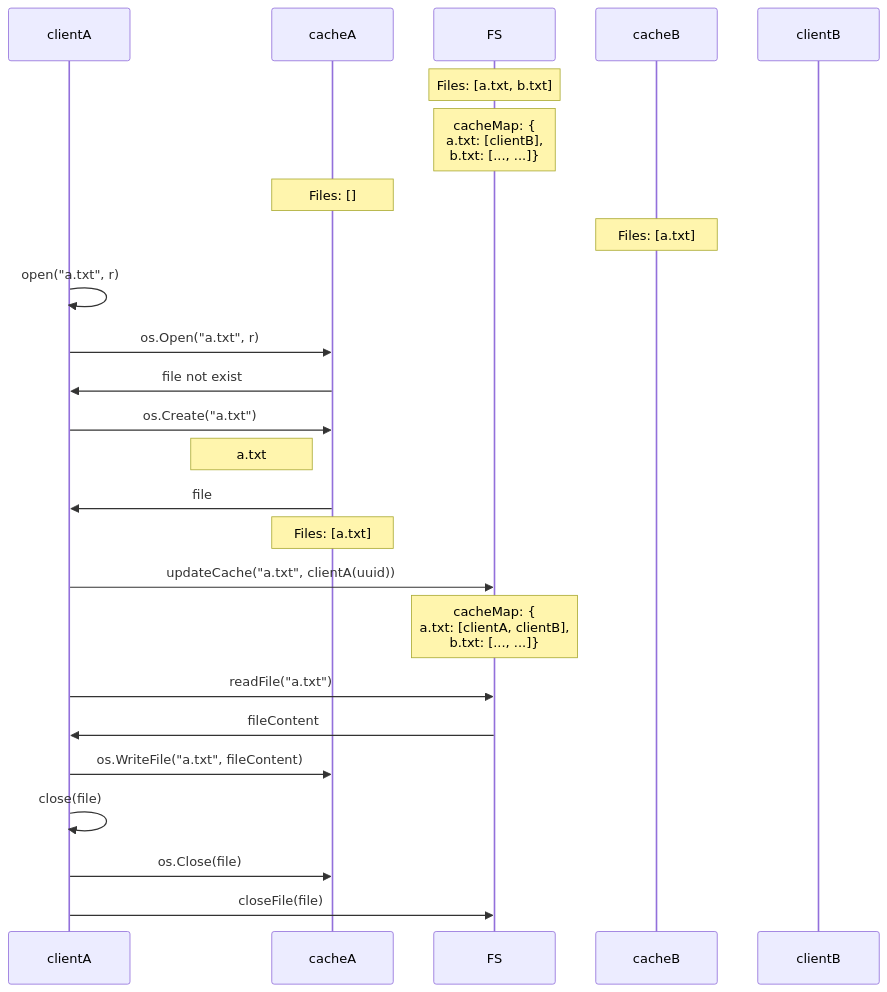
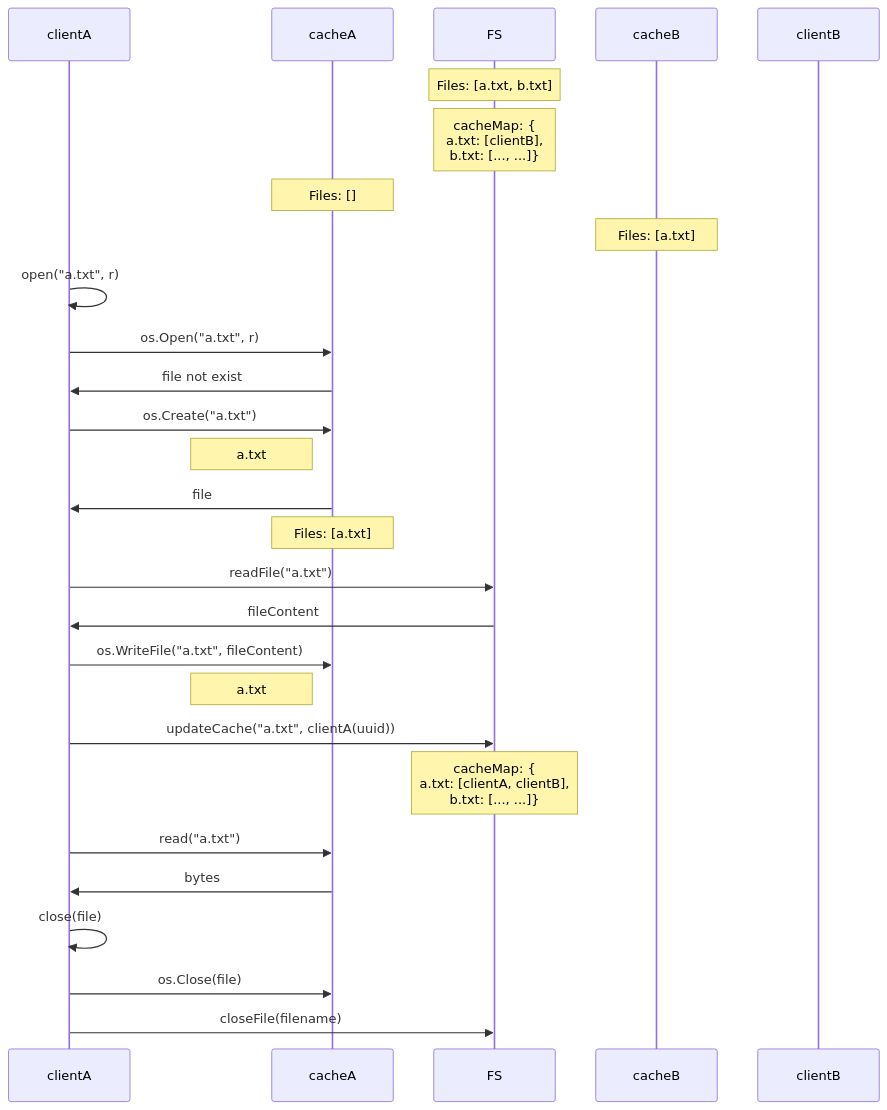
Before and after one commit to bishopfunc/os-b-dfs: the first of 4 diagrams in README.md, drawn with Mermaid. The commit also changed other lines of this file, not shown here.

Commit message:
update mermaid

````diff
--- a/README.md
+++ b/README.md
@@ -25,29 +25,33 @@
 ```mermaid
 sequenceDiagram
     participant clientA as clientA
     participant cacheA as cacheA
     participant FS as FS
     participant cacheB as cacheB
     participant clientB as clientB
     Note over FS: Files: [a.txt, b.txt]
     Note over FS: cacheMap: {<br>a.txt: [clientB], <br>b.txt: [..., ...]} 
 
     Note over cacheA: Files: []
     Note over cacheB: Files: [a.txt]    
     
     clientA->>clientA: open("a.txt", r)
     clientA->>cacheA: os.Open("a.txt", r)
     cacheA->>clientA: file not exist
     clientA->>cacheA: os.Create("a.txt")
     Note left of cacheA: a.txt
     cacheA->>clientA: file
     Note over cacheA: Files: [a.txt]
-    clientA->>FS: updateCache("a.txt", clientA(uuid))
-    Note over FS: cacheMap: {<br>a.txt: [clientA, clientB], <br>b.txt: [..., ...]} 
     clientA->>FS: readFile("a.txt")
     FS->>clientA: fileContent
     clientA->>cacheA: os.WriteFile("a.txt", fileContent)
+    Note left of cacheA: a.txt
+
+    clientA->>FS: updateCache("a.txt", clientA(uuid))
+    Note over FS: cacheMap: {<br>a.txt: [clientA, clientB], <br>b.txt: [..., ...]}  
+    clientA->>cacheA: read("a.txt")
+    cacheA->>clientA: bytes
     clientA->>clientA: close(file)
     clientA->>cacheA: os.Close(file)
-    clientA->>FS: closeFile(file)
+    clientA->>FS: closeFile(filename)
 ```
````
